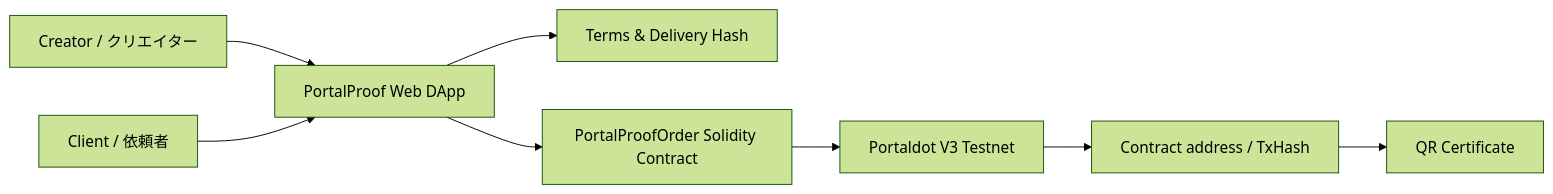
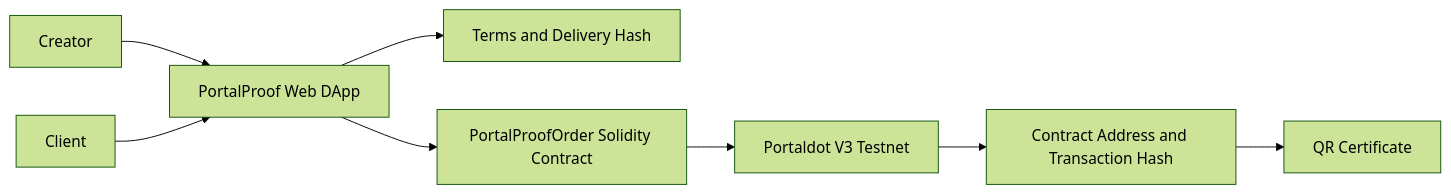
Before and after one commit to nato-san/PortalProof: the first of 2 diagrams in README.md, drawn with Mermaid (forest theme). The commit also changed other lines of this file, not shown here.

````diff
--- a/README.md
+++ b/README.md
@@ -81,10 +53,10 @@
 ```mermaid
 flowchart LR
-  Creator[Creator / クリエイター] --> DApp[PortalProof Web DApp]
-  Client[Client / 依頼者] --> DApp
-  DApp --> Hash[Terms & Delivery Hash]
+  Creator[Creator] --> DApp[PortalProof Web DApp]
+  Client[Client] --> DApp
+  DApp --> Hash[Terms and Delivery Hash]
   DApp --> Contract[PortalProofOrder Solidity Contract]
   Contract --> V3[Portaldot V3 Testnet]
-  V3 --> Evidence[Contract address / TxHash]
+  V3 --> Evidence[Contract Address and Transaction Hash]
   Evidence --> Cert[QR Certificate]
 ```
````
